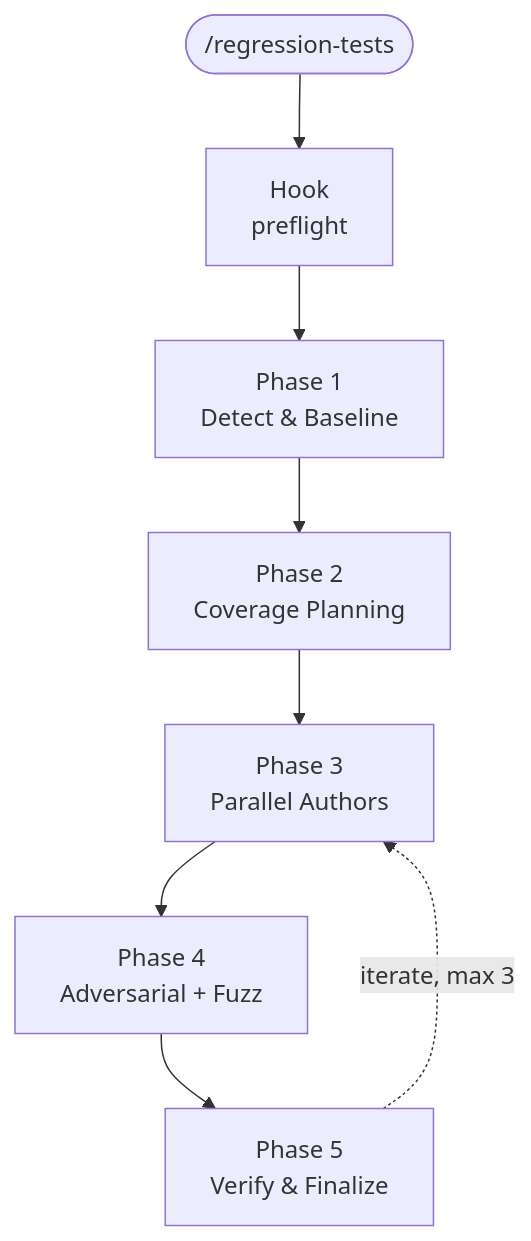
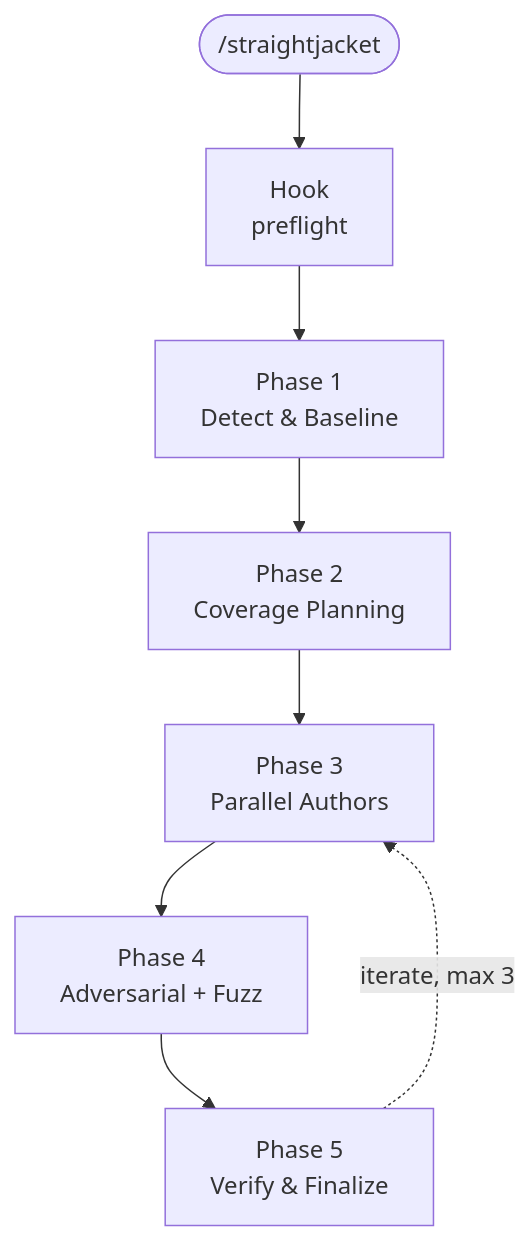
Before and after one commit to KemonoNeco/Straitjacket: the second of 3 diagrams in docs/TECHNICAL.md, drawn with Mermaid. The commit also changed other lines of this file and 34 other files, not shown here.

First line of the commit message:
FINAL: rename regression-tests → straightjacket + dual-mode reframe

````diff
--- a/docs/TECHNICAL.md
+++ b/docs/TECHNICAL.md
@@ -93,13 +93,13 @@
 ```mermaid
 flowchart TD
-    Start(["/regression-tests"])
+    Start(["/straightjacket"])
     Hook["Hook<br/>preflight"]
     P1["Phase 1<br/>Detect &amp; Baseline"]
     P2["Phase 2<br/>Coverage Planning"]
     P3["Phase 3<br/>Parallel Authors"]
     P4["Phase 4<br/>Adversarial + Fuzz"]
     P5["Phase 5<br/>Verify &amp; Finalize"]
 
     Start --> Hook --> P1 --> P2 --> P3 --> P4 --> P5
     P5 -. "iterate, max 3" .-> P3
 ```
````
